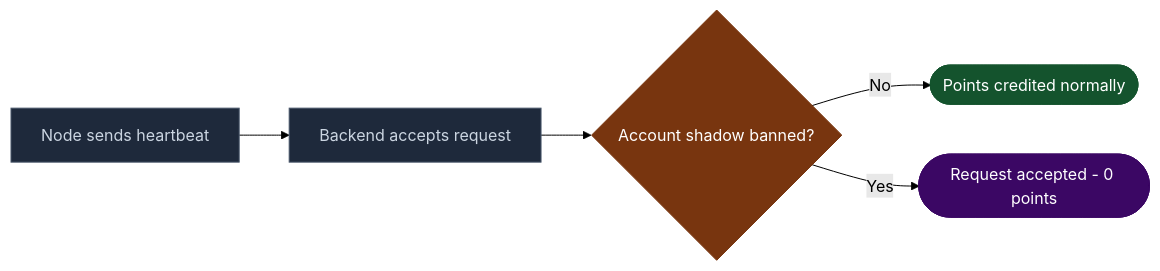
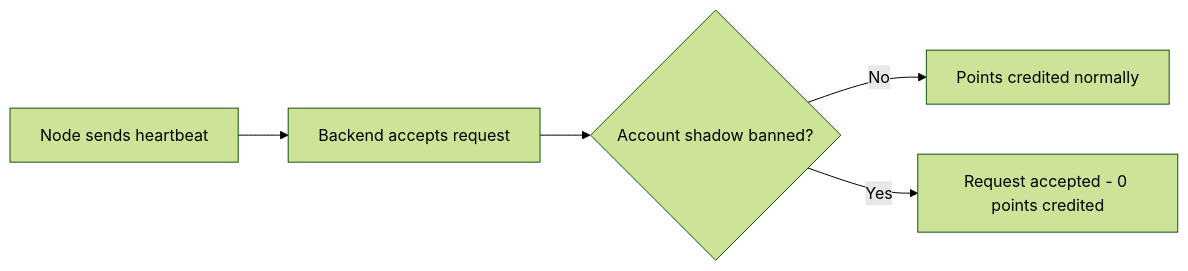
Before and after one commit to Nexora-Node/Docs: the second of 2 diagrams in anti-cheat.md, drawn with Mermaid (forest theme). The commit also changed other lines of this file and 5 other files, not shown here.

Commit message:
docs: remove all custom styles, simplify diagrams for clean GitBook render

````diff
--- a/anti-cheat.md
+++ b/anti-cheat.md
@@ -82,13 +70,7 @@
 ```mermaid
 flowchart LR
     A[Node sends heartbeat] --> B[Backend accepts request]
     B --> C{Account shadow banned?}
-    C -->|No| D([Points credited normally])
-    C -->|Yes| E([Request accepted - 0 points])
-
-    style A fill:#1e293b,stroke:#475569,color:#cbd5e1
-    style B fill:#1e293b,stroke:#475569,color:#cbd5e1
-    style C fill:#78350f,stroke:#78350f,color:#fff
-    style D fill:#14532d,stroke:#14532d,color:#fff
-    style E fill:#3b0764,stroke:#3b0764,color:#fff
+    C -->|No| D[Points credited normally]
+    C -->|Yes| E[Request accepted - 0 points credited]
 ```
````
